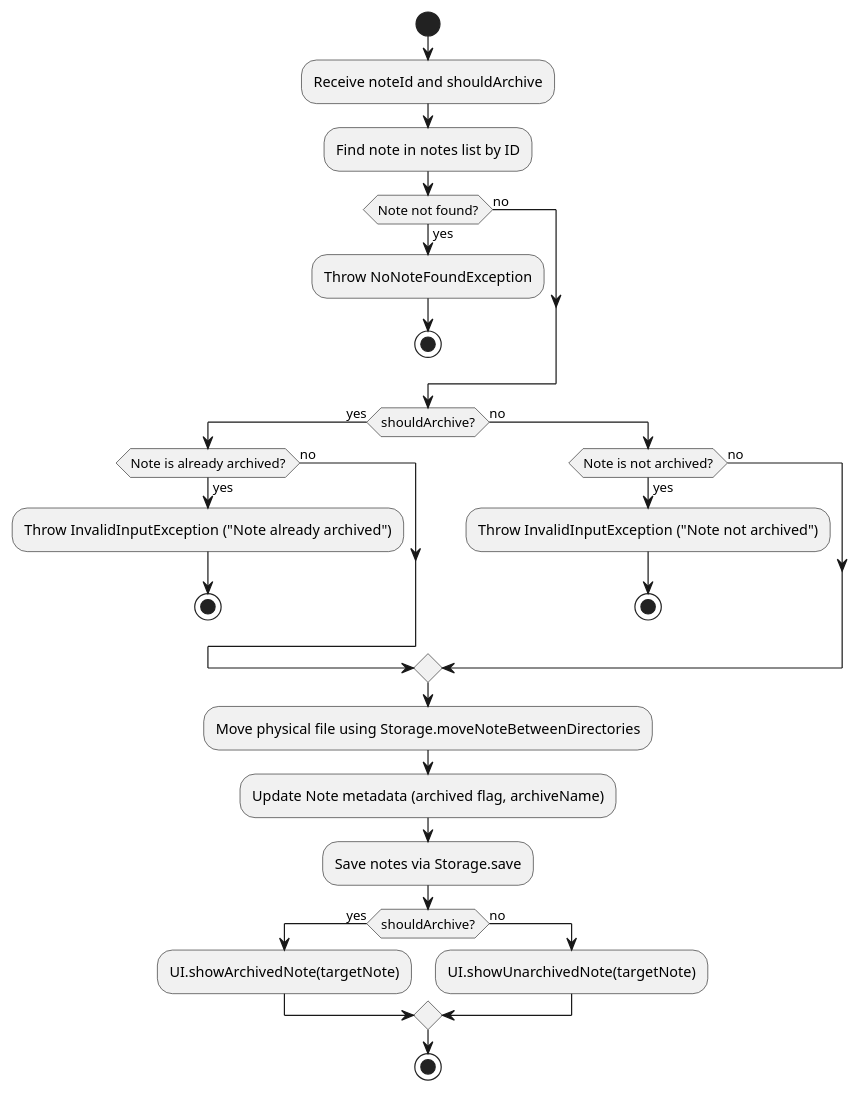
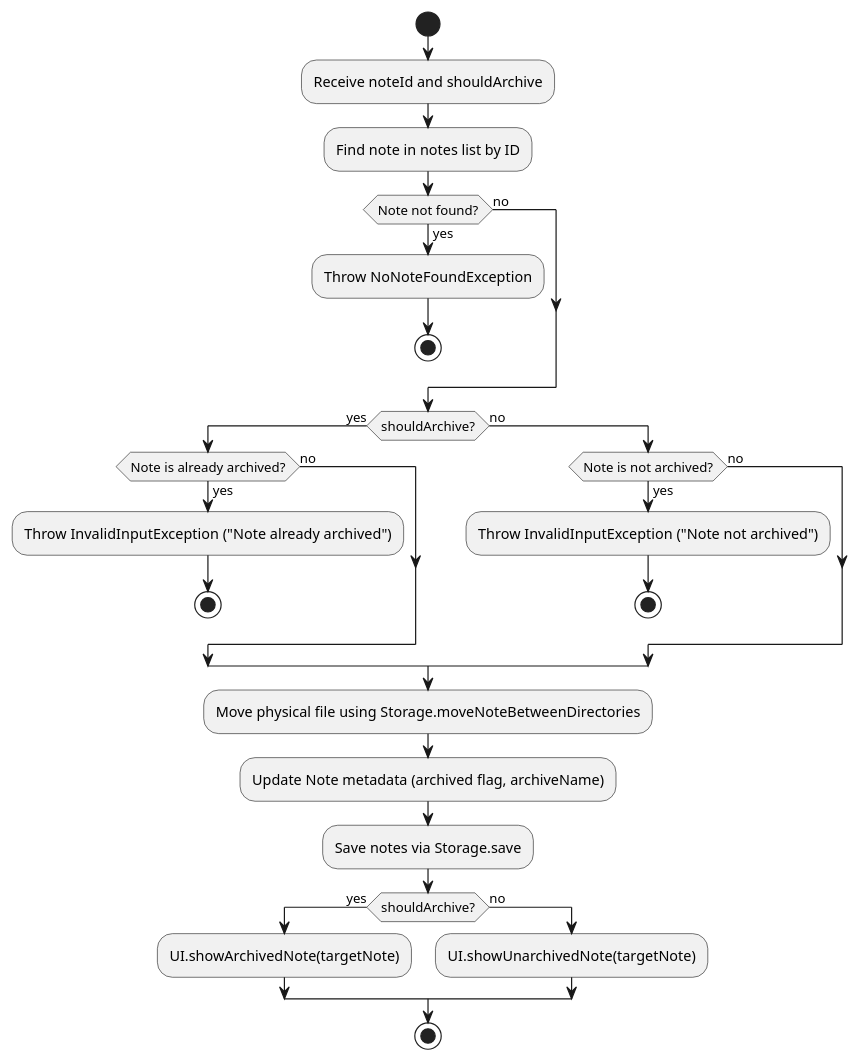
The diagram in docs/diagrams/ArchiveFlowActivity.puml (shauntsr/tp), drawn with PlantUML before and after one commit. The commit also changed 10 other files, not shown here.

```diff
--- a/docs/diagrams/ArchiveFlowActivity.puml
+++ b/docs/diagrams/ArchiveFlowActivity.puml
@@ -1,39 +1,39 @@
 @startuml ArchiveFlow
 start
-
+skinparam ConditionEndStyle hline
 :Receive noteId and shouldArchive;
 
 :Find note in notes list by ID;
 if (Note not found?) then (yes)
   :Throw NoNoteFoundException;
   stop
 else (no)
 endif
 
 if (shouldArchive?) then (yes)
   if (Note is already archived?) then (yes)
     :Throw InvalidInputException ("Note already archived");
     stop
   else (no)
   endif
 else (no)
   if (Note is not archived?) then (yes)
     :Throw InvalidInputException ("Note not archived");
     stop
   else (no)
   endif
 endif
 
 :Move physical file using Storage.moveNoteBetweenDirectories;
 :Update Note metadata (archived flag, archiveName);
 
 :Save notes via Storage.save;
 
 if (shouldArchive?) then (yes)
   :UI.showArchivedNote(targetNote);
 else (no)
   :UI.showUnarchivedNote(targetNote);
 endif
 
 stop
 @enduml
```
